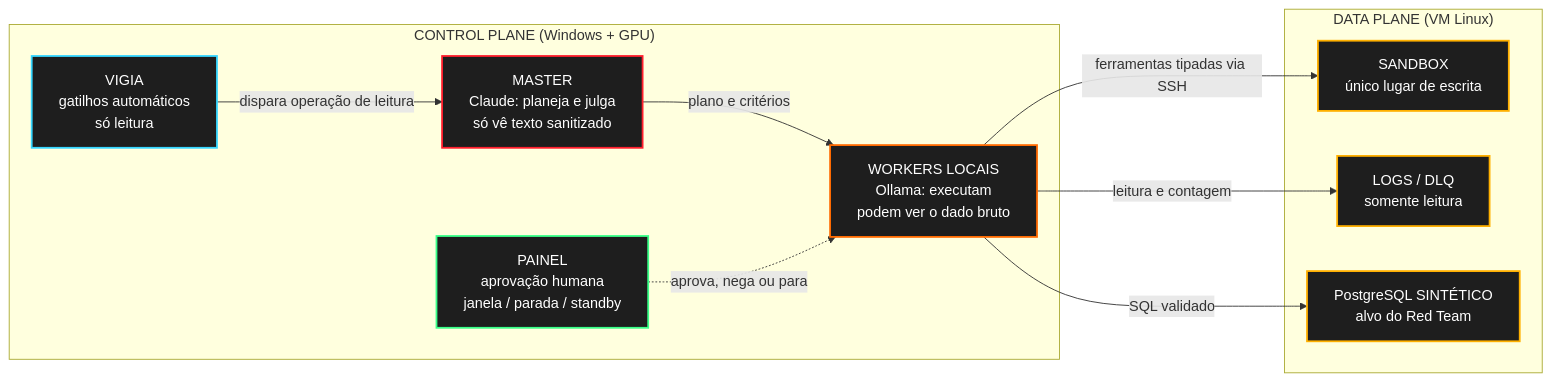
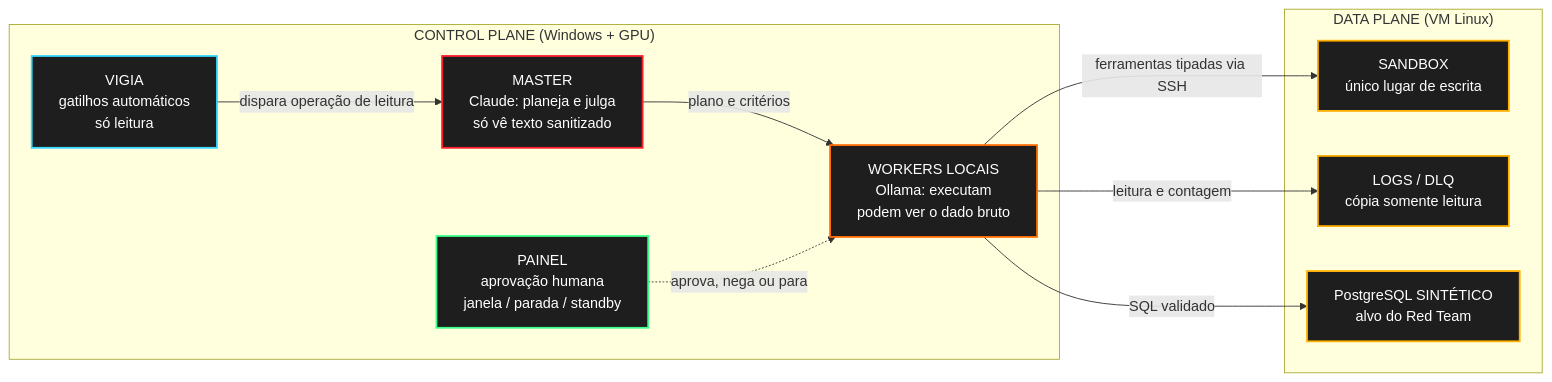
Before and after one commit to Gabriel-nux/kuro-agentic-workflow-case-study: the diagram in README.md, drawn with Mermaid. The commit also changed other lines of this file, not shown here.

Commit message:
Atualiza o estudo de caso: cópia segura dos logs, teste com log real e regra de idade da cópia

````diff
--- a/README.md
+++ b/README.md
@@ -30,30 +30,30 @@
 ```mermaid
 graph LR
     subgraph CP["CONTROL PLANE (Windows + GPU)"]
     M["MASTER<br>Claude: planeja e julga<br>só vê texto sanitizado"]
     W["WORKERS LOCAIS<br>Ollama: executam<br>podem ver o dado bruto"]
     UI["PAINEL<br>aprovação humana<br>janela / parada / standby"]
     V["VIGIA<br>gatilhos automáticos<br>só leitura"]
     end
 
     subgraph DP["DATA PLANE (VM Linux)"]
     SB["SANDBOX<br>único lugar de escrita"]
-    LG["LOGS / DLQ<br>somente leitura"]
+    LG["LOGS / DLQ<br>cópia somente leitura"]
     PG["PostgreSQL SINTÉTICO<br>alvo do Red Team"]
     end
 
     M -->|"plano e critérios"| W
     W -->|"ferramentas tipadas via SSH"| SB
     W -->|"leitura e contagem"| LG
     W -->|"SQL validado"| PG
     UI -.->|"aprova, nega ou para"| W
     V -->|"dispara operação de leitura"| M
 
     style M fill:#1e1e1e,stroke:#ff1e2d,stroke-width:2px,color:#fff
     style W fill:#1e1e1e,stroke:#ff6a00,stroke-width:2px,color:#fff
     style UI fill:#1e1e1e,stroke:#39ff88,stroke-width:2px,color:#fff
     style V fill:#1e1e1e,stroke:#35d6ff,stroke-width:2px,color:#fff
     style SB fill:#1e1e1e,stroke:#ffb000,stroke-width:2px,color:#fff
     style LG fill:#1e1e1e,stroke:#ffb000,stroke-width:2px,color:#fff
     style PG fill:#1e1e1e,stroke:#ffb000,stroke-width:2px,color:#fff
 ```
````
